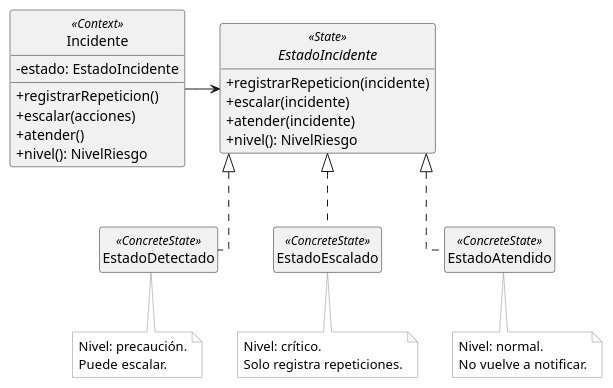
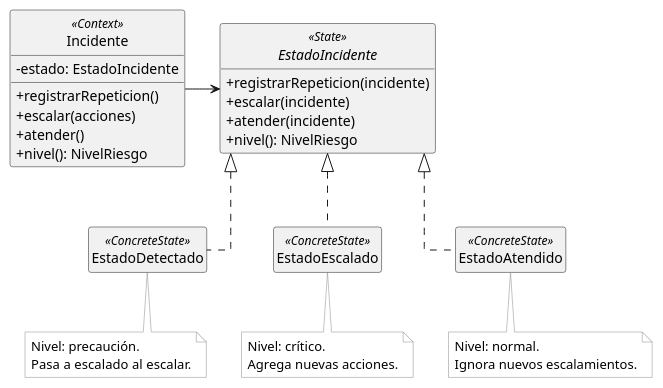
One commit to ML-Ingesoft-II/lab3-tire-alert-service changed the diagram in docs/diagramas/fase5-state.puml. Above: the diagram before and after it, drawn with PlantUML. The commit also changed 2 other files, not shown here.

Commit message:
Diagrama State alineado con el código

```diff
--- a/docs/diagramas/fase5-state.puml
+++ b/docs/diagramas/fase5-state.puml
@@ -1,34 +1,34 @@
 @startuml
 skinparam classAttributeIconSize 0
 skinparam shadowing false
 skinparam defaultFontName Helvetica
 skinparam linetype ortho
 skinparam stereotypeCBackgroundColor #FFE8B0
 skinparam noteBackgroundColor #FFFFFF
 skinparam noteBorderColor #888888
 hide empty members
 hide circle
 class Incidente <<Context>> {
   - estado: EstadoIncidente
   + registrarRepeticion()
   + escalar(acciones)
   + atender()
   + nivel(): NivelRiesgo
 }
 interface EstadoIncidente <<State>> {
   + registrarRepeticion(incidente)
   + escalar(incidente)
   + atender(incidente)
   + nivel(): NivelRiesgo
 }
 class EstadoDetectado <<ConcreteState>>
 class EstadoEscalado <<ConcreteState>>
 class EstadoAtendido <<ConcreteState>>
 Incidente -right-> EstadoIncidente
 EstadoIncidente <|.. EstadoDetectado
 EstadoIncidente <|.. EstadoEscalado
 EstadoIncidente <|.. EstadoAtendido
-note bottom of EstadoDetectado : Nivel: precaución.\nPuede escalar.
-note bottom of EstadoEscalado : Nivel: crítico.\nSolo registra repeticiones.
-note bottom of EstadoAtendido : Nivel: normal.\nNo vuelve a notificar.
+note bottom of EstadoDetectado : Nivel: precaución.\nPasa a escalado al escalar.
+note bottom of EstadoEscalado : Nivel: crítico.\nAgrega nuevas acciones.
+note bottom of EstadoAtendido : Nivel: normal.\nIgnora nuevos escalamientos.
 @enduml
```
